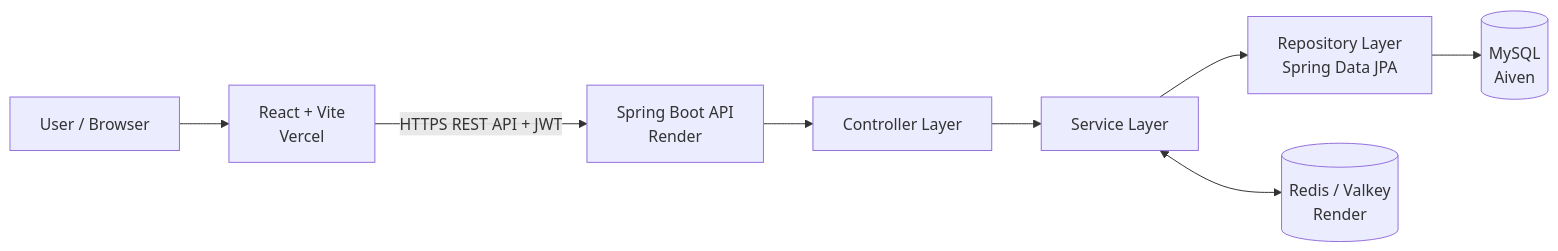
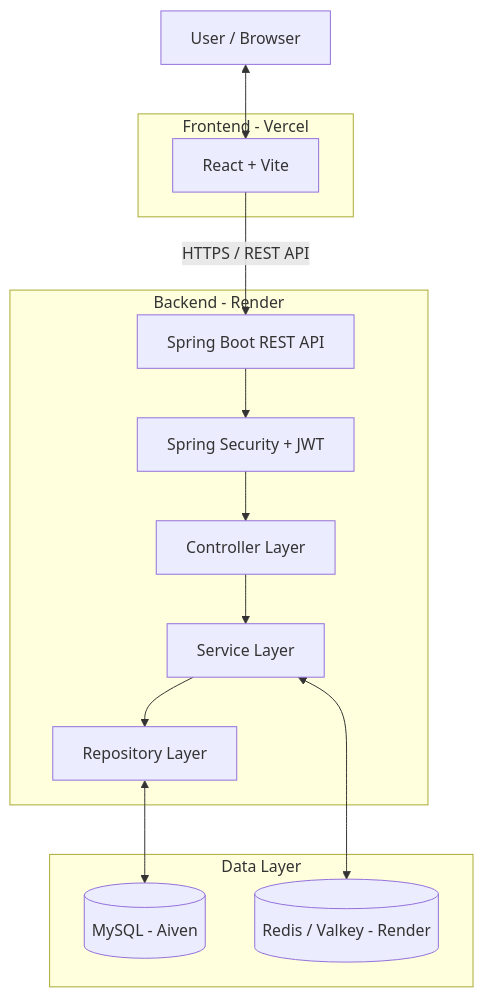
The diagram in README.md (Basavaraj8143/url-shortener), drawn with Mermaid before and after one commit. The commit also changed other lines of this file, not shown here.

````diff
--- a/README.md
+++ b/README.md
@@ -74,10 +78,30 @@
-``` mermaid
-flowchart LR
-    U[User / Browser] --> FE[React + Vite<br/>Vercel]
-    FE -->|HTTPS REST API + JWT| API[Spring Boot API<br/>Render]
-    API --> C[Controller Layer]
-    C --> S[Service Layer]
-    S --> R[Repository Layer<br/>Spring Data JPA]
-    R --> DB[(MySQL<br/>Aiven)]
-    S <--> Cache[(Redis / Valkey<br/>Render)]
+```mermaid
+flowchart TB
+    U[User / Browser]
+
+    subgraph FRONTEND["Frontend - Vercel"]
+        FE[React + Vite]
+    end
+
+    subgraph BACKEND["Backend - Render"]
+        API[Spring Boot REST API]
+        SEC[Spring Security + JWT]
+        C[Controller Layer]
+        S[Service Layer]
+        R[Repository Layer]
+    end
+
+    subgraph DATA["Data Layer"]
+        DB[(MySQL - Aiven)]
+        CACHE[(Redis / Valkey - Render)]
+    end
+
+    U <--> FE
+    FE -->|HTTPS / REST API| API
+    API --> SEC
+    SEC --> C
+    C --> S
+    S --> R
+    R <--> DB
+    S <--> CACHE
 ```
````
